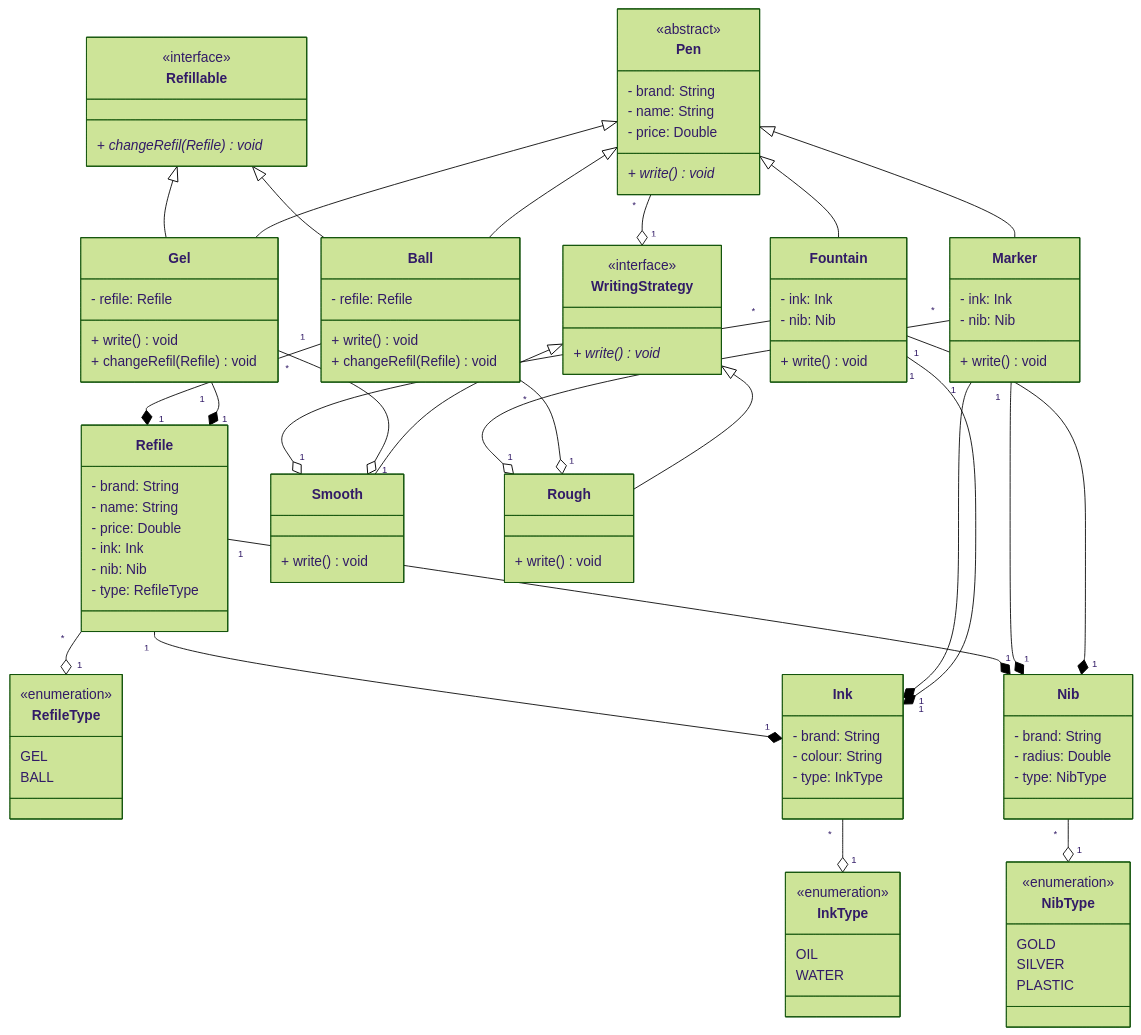
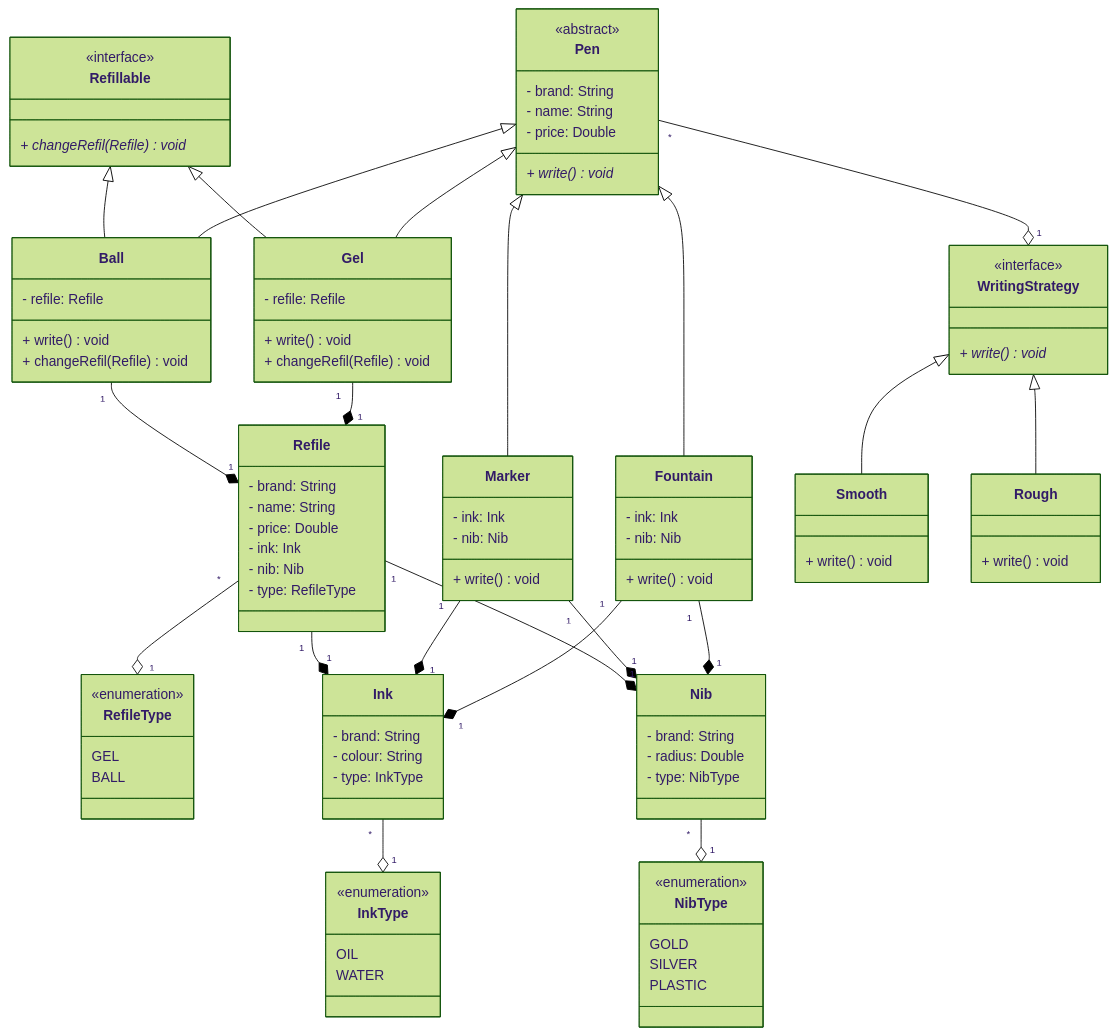
One commit to AnusrutaD/Design_A_Pen changed the second of 2 diagrams in README.md. Above: the diagram before and after it, drawn with Mermaid (forest theme). The commit also changed other lines of this file, not shown here.

````diff
--- a/README.md
+++ b/README.md
@@ -349,8 +349,4 @@
     WritingStrategy <|-- Rough
 
     Pen "*" --o "1" WritingStrategy
-    Ball "*" --o "1" Rough
-    Gel "*" --o "1" Smooth
-    Fountain "*" --o "1" Smooth
-    Marker "*" --o "1" Rough
 ```
````
